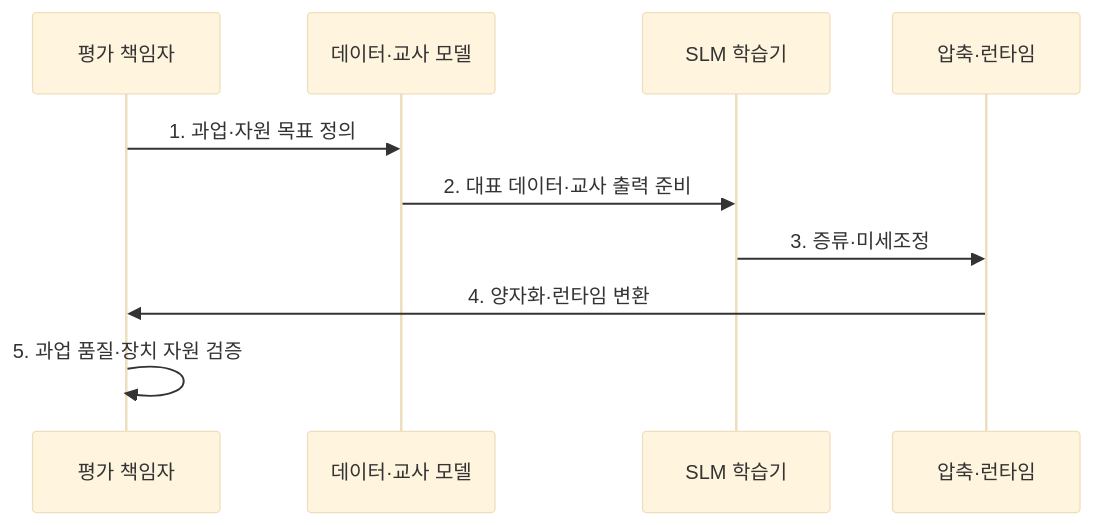
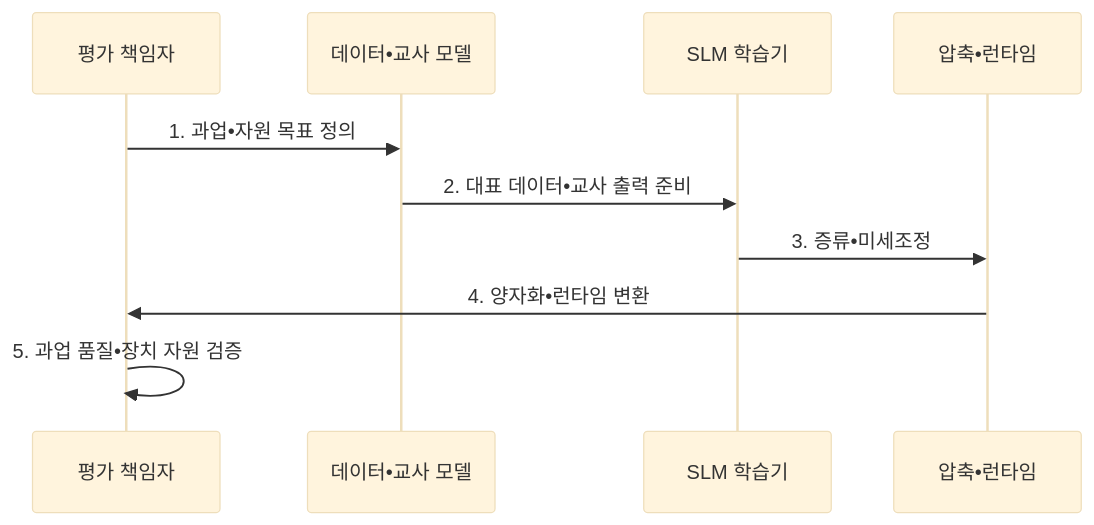
One commit to agnusdei1207/knowledge-base changed the second of 2 diagrams in src/content/docs/notes/08-latest-tech/049_small_language_model.md. Above: the diagram before and after it, drawn with Mermaid (base theme). The commit also changed other lines of this file and 953 other files, not shown here.

````diff
--- a/src/content/docs/notes/08-latest-tech/049_small_language_model.md
+++ b/src/content/docs/notes/08-latest-tech/049_small_language_model.md
@@ -105,12 +105,12 @@
 ```mermaid
 sequenceDiagram
     participant E as 평가 책임자
-    participant D as 데이터·교사 모델
+    participant D as 데이터•교사 모델
     participant S as SLM 학습기
-    participant R as 압축·런타임
-    E->>D: 1. 과업·자원 목표 정의
-    D->>S: 2. 대표 데이터·교사 출력 준비
-    S->>R: 3. 증류·미세조정
-    R->>E: 4. 양자화·런타임 변환
-    E->>E: 5. 과업 품질·장치 자원 검증
+    participant R as 압축•런타임
+    E->>D: 1. 과업•자원 목표 정의
+    D->>S: 2. 대표 데이터•교사 출력 준비
+    S->>R: 3. 증류•미세조정
+    R->>E: 4. 양자화•런타임 변환
+    E->>E: 5. 과업 품질•장치 자원 검증
 ```
````
